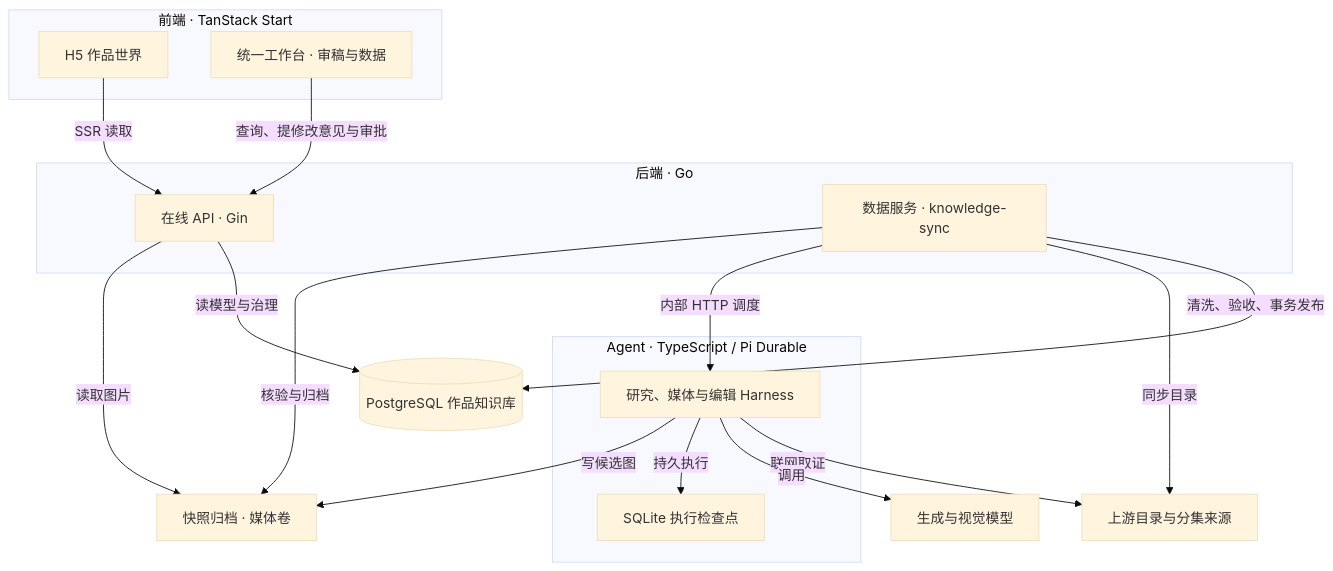
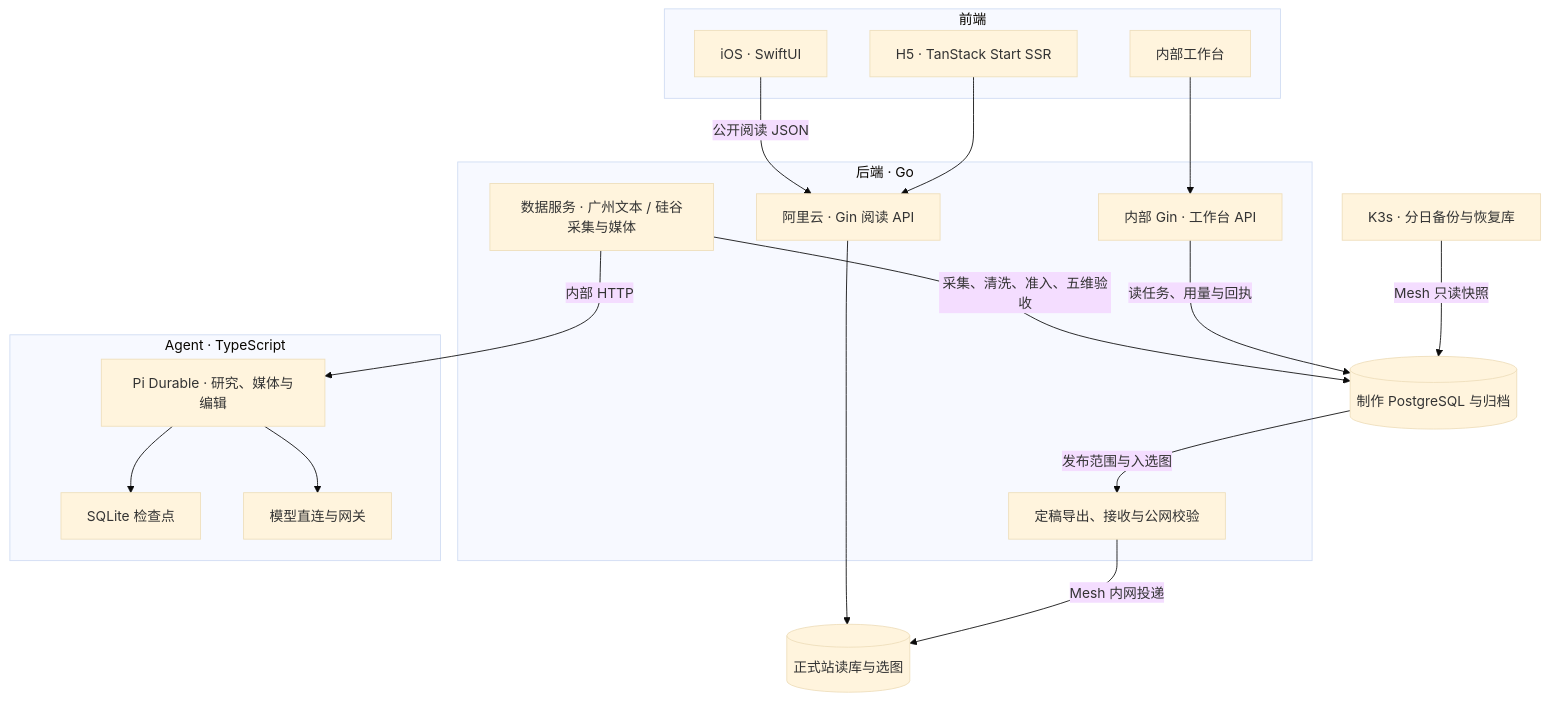
The diagram in docs/architecture.mmd (bluedao10000/player), drawn with Mermaid (base theme) before and after one commit. The commit also changed 22 other files, not shown here.

Commit message:
Route reader releases through Mesh and back up production knowledge in K3s

```diff
--- a/docs/architecture.mmd
+++ b/docs/architecture.mmd
@@ -1,39 +1,45 @@
 flowchart TB
-  subgraph front["前端 · TanStack Start"]
-    h5["H5 作品世界"]
-    bench["统一工作台 · 审稿与数据"]
+  subgraph front["前端"]
+    h5["H5 · TanStack Start SSR"]
+    ios["iOS · SwiftUI"]
+    bench["内部工作台"]
   end
   subgraph backend["后端 · Go"]
-    api["在线 API · Gin"]
-    worker["数据服务 · knowledge-sync"]
+    api["阿里云 · Gin 阅读 API"]
+    admin["内部 Gin · 工作台 API"]
+    worker["数据服务 · 广州文本 / 硅谷采集与媒体"]
+    publish["定稿导出、接收与公网校验"]
   end
-  subgraph agents["Agent · TypeScript / Pi Durable"]
-    harness["研究、媒体与编辑 Harness"]
-    state["SQLite 执行检查点"]
+  subgraph agents["Agent · TypeScript"]
+    pi["Pi Durable · 研究、媒体与编辑"]
+    state["SQLite 检查点"]
+    models["模型直连与网关"]
   end
-  db[("PostgreSQL 作品知识库")]
-  files["快照归档 · 媒体卷"]
-  sources["上游目录与分集来源"]
-  models["生成与视觉模型"]
-  h5 -->|SSR 读取| api
-  bench -->|查询、提修改意见与审批| api
-  api -->|读模型与治理| db
-  worker -->|清洗、验收、事务发布| db
-  worker -->|同步目录| sources
-  worker -->|内部 HTTP 调度| harness
-  harness -->|联网取证| sources
-  harness -->|调用| models
-  harness -->|持久执行| state
-  harness -->|写候选图| files
-  worker -->|核验与归档| files
-  api -->|读取图片| files
-%% h5 | 服务器端 loader 读取知识 API，返回正文及稳定链接。 | apps/web/src/features/worlds/api.ts
-%% bench | 观察选题、步骤和缺项；调度器的生命周期独立于浏览器。 | apps/web/src/features/workbench/feed.ts
-%% api | 提供目录、世界与运行信息；部分管理员请求在此执行。 | apps/api/internal/knowledge/api.go
-%% worker | 常驻进程分别轮询来源、研究、媒体、质检和范围验收。 | apps/api/cmd/knowledge-sync/main.go
-%% harness | 分集研究保存独立会话，媒体使用持久任务返回结构化结果。 | apps/agent/src/server.ts
-%% state | Compose 将 Agent 状态目录持久化到 research-state。 | compose.yaml
-%% db | 迁移、作品身份、任务、证据和公开范围的业务权威。 | apps/api/internal/knowledge/store.go
-%% files | 知识归档与媒体是两个卷，各进程的读写权限不同。 | compose.yaml
-%% sources | 数据服务读取目录上游，Pi 工具读取锁定的分集页面。 | apps/agent/src/episode-plan.ts
-%% models | 生图与双模型验图位于 Agent；判同服务另由治理 API 接入。 | apps/agent/src/media.ts
+  pg[("制作 PostgreSQL 与归档")]
+  online[("正式站读库与选图")]
+  backup["K3s · 分日备份与恢复库"]
+  h5 --> api
+  ios -->|公开阅读 JSON| api
+  bench --> admin
+  admin -->|读任务、用量与回执| pg
+  worker -->|采集、清洗、准入、五维验收| pg
+  worker -->|内部 HTTP| pi
+  pi --> state
+  pi --> models
+  pg -->|发布范围与入选图| publish
+  publish -->|Mesh 内网投递| online
+  api --> online
+  backup -->|Mesh 只读快照| pg
+%% h5 | 服务器端 loader 获取作品、角色、章节和场景。 | apps/web/src/features/worlds/api.ts
+%% ios | SwiftUI 使用正式站公开 JSON，支持从场景回到段落。 | apps/ios/server/reader.server.ts
+%% bench | 观察来源、选题、编辑与发布结果。 | apps/web/src/features/workbench/feed.ts
+%% api | 在线 Gin 提供正式站公开读模型和读者业务。 | apps/api/internal/knowledge/world_api.go
+%% admin | 管理接口读取制作库的补集、模型用量及投递历史。 | apps/api/internal/knowledge/usage.go
+%% worker | 两类调度器从共享 PostgreSQL 领取任务。 | apps/api/cmd/knowledge-sync/production.go
+%% publish | timer 驱动跨库投递，接收端按源定稿指纹幂等。 | apps/api/cmd/reader-release/main.go
+%% pi | 工具编排及模型步骤由 Pi Durable 执行。 | apps/agent/src/server.ts
+%% state | Pi 保存恢复执行所需的检查点。 | compose.yaml
+%% models | Kimi 文本走 Magpie，硅谷使用 OpenAI 图像和视觉模型。 | docs/模型用量与计费.md
+%% pg | 广州持有制作数据库，候选与已选媒体文件存于硅谷。 | docs/部署架构.md
+%% online | 阿里云在一个事务中安装单集投影并记录回执。 | apps/api/cmd/reader-release/import.sql
+%% backup | 从同一源快照导出、恢复并逐表核对，成功后切换库名。 | deploy/pg-backup/backup.sh
```
